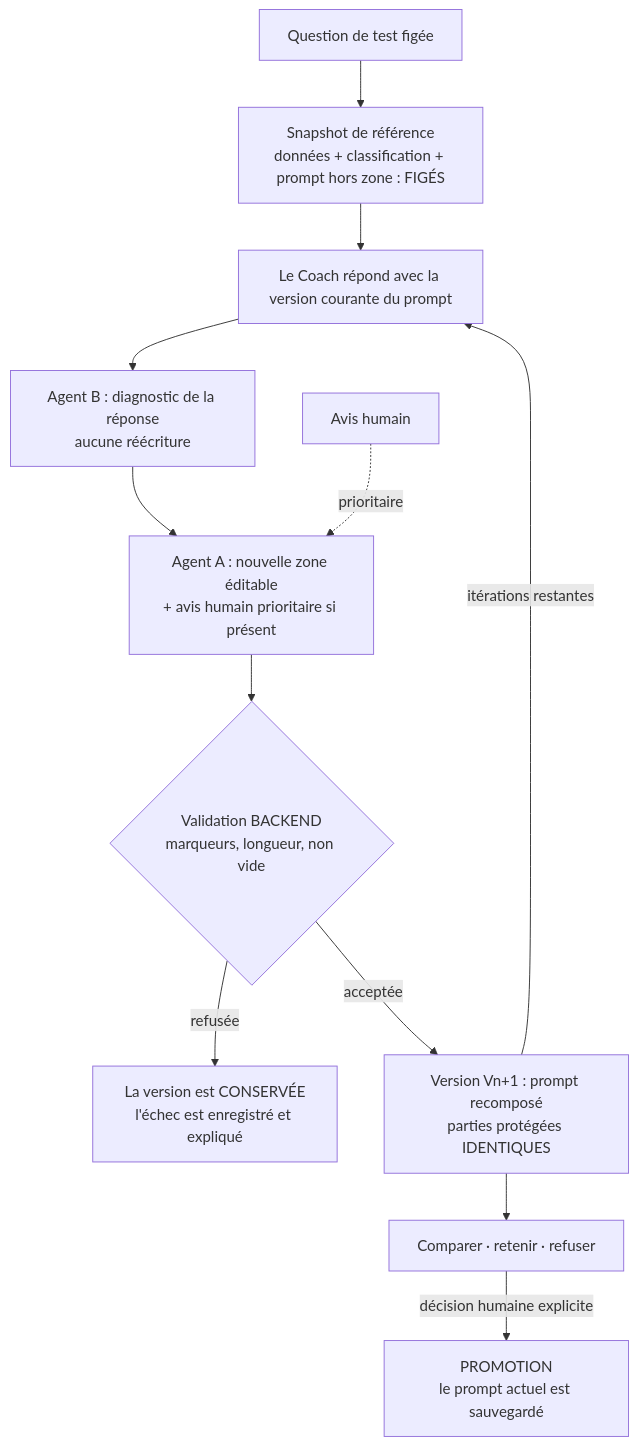
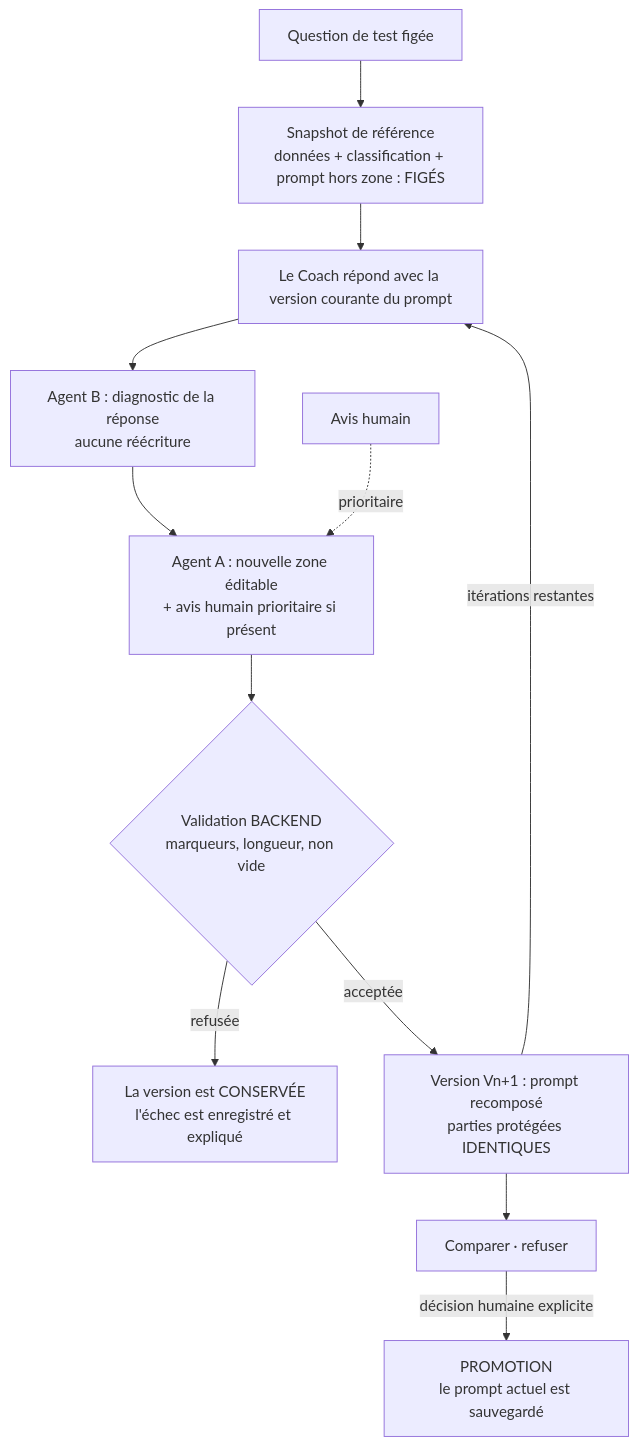
One commit to gamer2000fr-coder/financial-coach changed the ninth of 9 diagrams in docs/doc-fonctionnel.md. Above: the diagram before and after it, drawn with Mermaid. The commit also changed other lines of this file and 40 other files, not shown here.

````diff
--- a/docs/doc-fonctionnel.md
+++ b/docs/doc-fonctionnel.md
@@ -290,14 +290,14 @@
 ```mermaid
 flowchart TD
     Q[Question de test figée] --> SNAP[Snapshot de référence<br/>données + classification + prompt hors zone : FIGÉS]
     SNAP --> COACH[Le Coach répond avec la version courante du prompt]
     COACH --> B[Agent B : diagnostic de la réponse<br/>aucune réécriture]
     B --> A[Agent A : nouvelle zone éditable<br/>+ avis humain prioritaire si présent]
     A --> VAL{Validation BACKEND<br/>marqueurs, longueur, non vide}
     VAL -- refusée --> KEEP[La version est CONSERVÉE<br/>l'échec est enregistré et expliqué]
     VAL -- acceptée --> NEW[Version Vn+1 : prompt recomposé<br/>parties protégées IDENTIQUES]
     NEW -->|itérations restantes| COACH
-    NEW --> CMP[Comparer · retenir · refuser]
+    NEW --> CMP[Comparer · refuser]
     CMP -->|décision humaine explicite| PROD[PROMOTION<br/>le prompt actuel est sauvegardé]
     HUMAN[Avis humain] -.prioritaire.-> A
 ```
````
